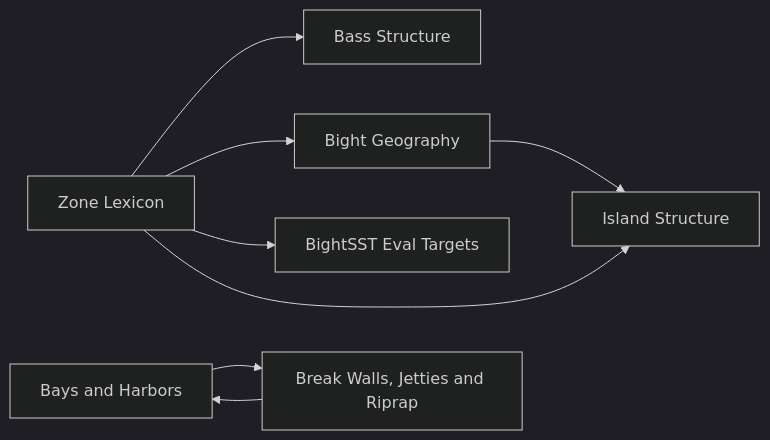
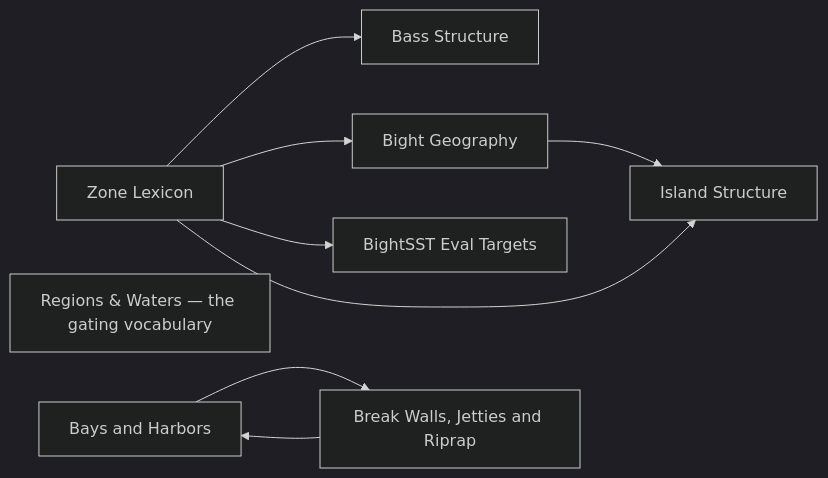
One commit to camchuckpete-max/Socal-Fishing-Knowledge changed the diagram in locations/README.md. Above: the diagram before and after it, drawn with Mermaid (dark theme). The commit also changed other lines of this file and 103 other files, not shown here.

````diff
--- a/locations/README.md
+++ b/locations/README.md
@@ -20,17 +21,18 @@
 ```mermaid
 graph LR
   n0["Bass Structure"]
   n1["Bays and Harbors"]
   n2["Bight Geography"]
   n3["BightSST Eval Targets"]
   n4["Break Walls, Jetties and Riprap"]
   n5["Island Structure"]
-  n6["Zone Lexicon"]
+  n6["Regions & Waters — the gating vocabulary"]
+  n7["Zone Lexicon"]
   n1 --> n4
   n2 --> n5
   n4 --> n1
-  n6 --> n0
-  n6 --> n2
-  n6 --> n3
-  n6 --> n5
+  n7 --> n0
+  n7 --> n2
+  n7 --> n3
+  n7 --> n5
 ```
````
